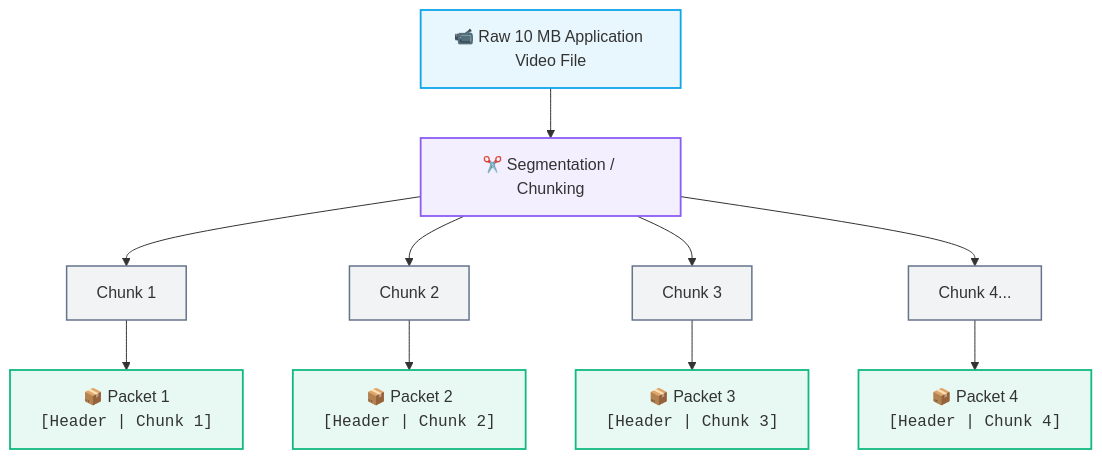
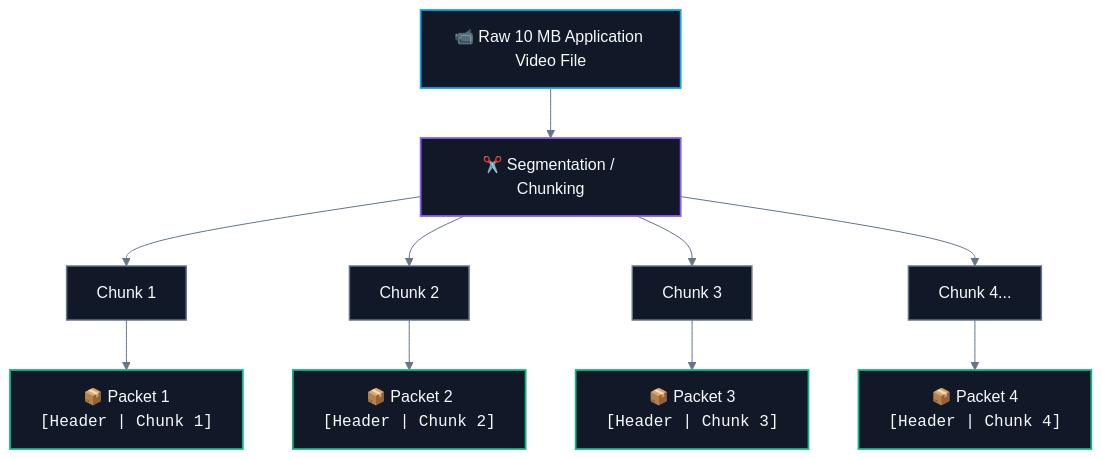
The first of 3 diagrams in CS/Computer Networking/01. Architecture & Fundamentals/02. Packets and Packet Switching.md (abhinavbharti2345/CS_Notes), drawn with Mermaid before and after one commit. The commit also changed other lines of this file and 195 other files, not shown here.

````diff
--- a/CS/Computer Networking/01. Architecture & Fundamentals/02. Packets and Packet Switching.md
+++ b/CS/Computer Networking/01. Architecture & Fundamentals/02. Packets and Packet Switching.md
@@ -27,24 +27,25 @@
 ```mermaid
+%%{init: {'theme': 'base', 'themeVariables': { 'darkMode': true, 'background': '#0B0F14', 'mainBkg': '#111827', 'primaryColor': '#111827', 'primaryTextColor': '#F8FAFC', 'primaryBorderColor': '#38BDF8', 'lineColor': '#64748B', 'secondaryColor': '#0B0F14', 'tertiaryColor': '#0B0F14', 'clusterBkg': '#0B0F14', 'clusterBorder': '#38BDF8' }}}%%
 flowchart TD
     Raw["📹 Raw 10 MB Application Video File"] --> Split["✂️ Segmentation / Chunking"]
     
     Split --> C1["Chunk 1"]
     Split --> C2["Chunk 2"]
     Split --> C3["Chunk 3"]
     Split --> C4["Chunk 4..."]
     
     C1 --> P1["📦 Packet 1<br><code>[Header | Chunk 1]</code>"]
     C2 --> P2["📦 Packet 2<br><code>[Header | Chunk 2]</code>"]
     C3 --> P3["📦 Packet 3<br><code>[Header | Chunk 3]</code>"]
     C4 --> P4["📦 Packet 4<br><code>[Header | Chunk 4]</code>"]
 
-    classDef raw fill:#0ea5e918,stroke:#0ea5e9,stroke-width:1.8px;
-    classDef split fill:#8b5cf618,stroke:#8b5cf6,stroke-width:1.8px;
-    classDef chunk fill:#64748b15,stroke:#64748b,stroke-width:1.5px;
-    classDef pkt fill:#10b98118,stroke:#10b981,stroke-width:1.8px;
+    classDef raw fill:#111827,stroke:#0ea5e9,stroke-width:1.8px,color:#F8FAFC;
+    classDef split fill:#111827,stroke:#8b5cf6,stroke-width:1.8px,color:#F8FAFC;
+    classDef chunk fill:#111827,stroke:#64748b,stroke-width:1.5px,color:#F8FAFC;
+    classDef pkt fill:#111827,stroke:#10b981,stroke-width:1.8px,color:#F8FAFC;
 
     class Raw raw;
     class Split split;
     class C1,C2,C3,C4 chunk;
     class P1,P2,P3,P4 pkt;
 ```
````
